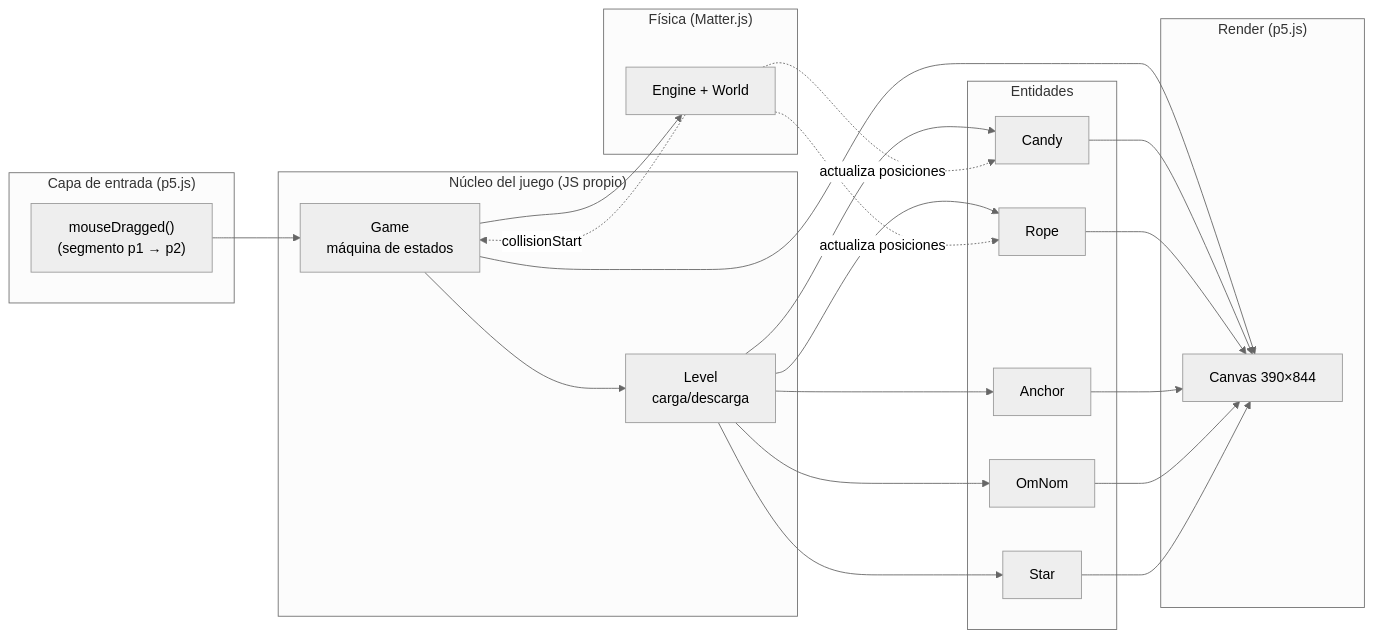
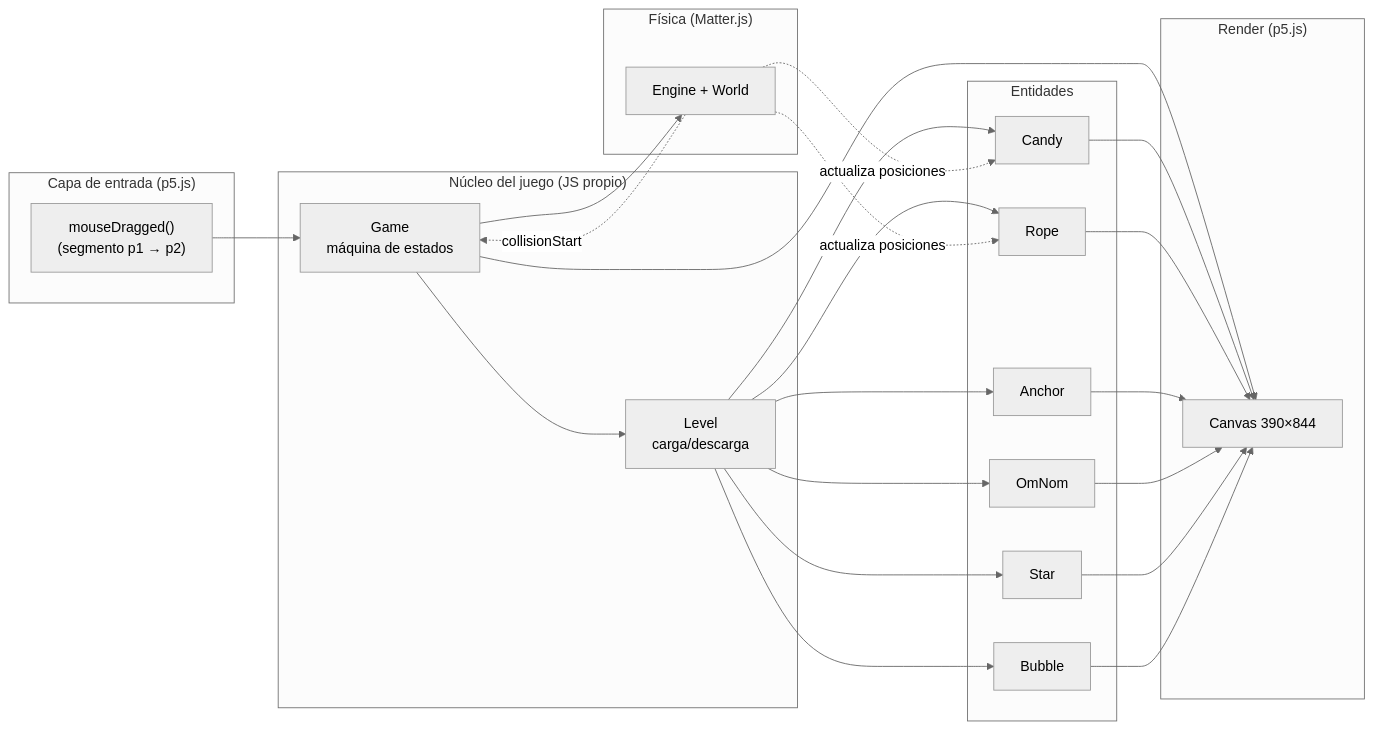
The first of 5 diagrams in docs/arquitectura-mvp.md (ShryhakAkizuki/Cut_The_Rope-Visual_Computing_2026-II), drawn with Mermaid (neutral theme) before and after one commit. The commit also changed other lines of this file and 5 other files, not shown here.

````diff
--- a/docs/arquitectura-mvp.md
+++ b/docs/arquitectura-mvp.md
@@ -33,45 +33,48 @@
 ```mermaid
 flowchart LR
     subgraph INPUT["Capa de entrada (p5.js)"]
         M["mouseDragged()<br/>(segmento p1 → p2)"]
     end
 
     subgraph CORE["Núcleo del juego (JS propio)"]
         G["Game<br/>máquina de estados"]
         L["Level<br/>carga/descarga"]
     end
 
     subgraph ENT["Entidades"]
         C["Candy"]
         A["Anchor"]
         R["Rope"]
         MO["OmNom"]
         S["Star"]
+        BU["Bubble"]
     end
 
     subgraph PHYS["Física (Matter.js)"]
         E["Engine + World"]
     end
 
     subgraph RENDER["Render (p5.js)"]
         CV["Canvas 390×844"]
     end
 
     M --> G
     G --> L
     L --> C
     L --> A
     L --> R
     L --> MO
     L --> S
+    L --> BU
     G --> E
     E -. "actualiza posiciones" .-> R
     E -. "actualiza posiciones" .-> C
     E -. "collisionStart" .-> G
     G --> CV
     C --> CV
     R --> CV
     A --> CV
     MO --> CV
     S --> CV
+    BU --> CV
 ```
````
